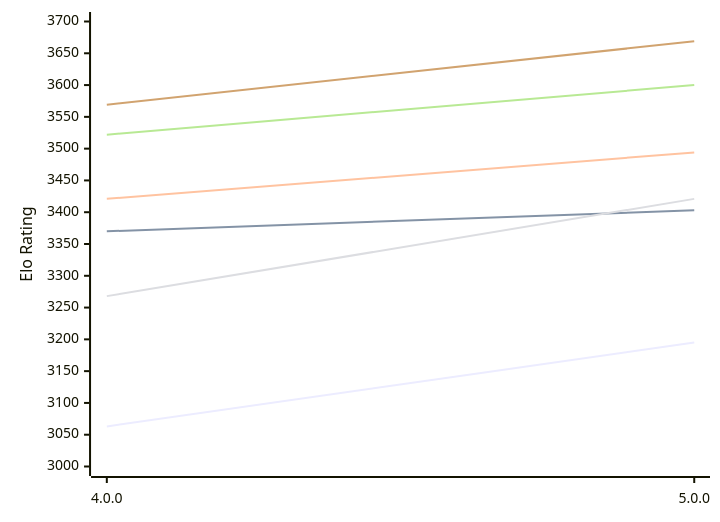
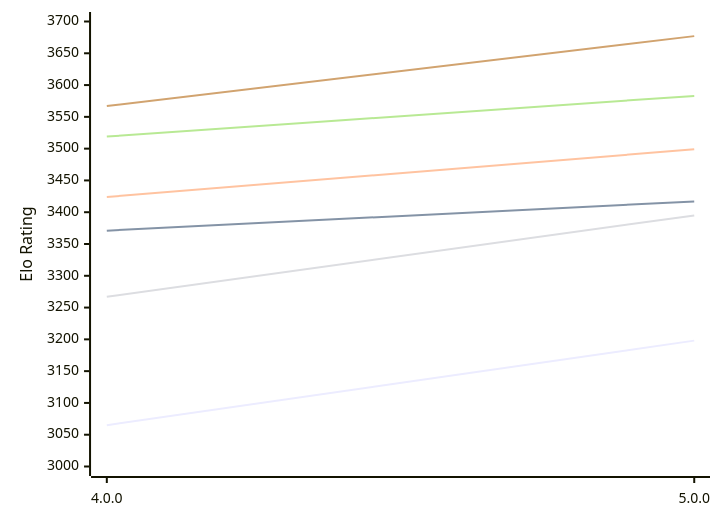
One commit to computer-chess-index/cci changed the first of 2 diagrams in engines/Avalanche.md. Above: the diagram before and after it, drawn with Mermaid. The commit also changed other lines of this file, not shown here.

Commit message:
Update CCI Ratings (ELO VLTC) - 2026-10-15

````diff
--- a/engines/Avalanche.md
+++ b/engines/Avalanche.md
@@ -50,12 +50,12 @@
 ```mermaid
 %%{init: {"theme":"base","themeVariables":{"seriesColors:['#a3a3a3','#222221','#faa371']}}}%%
 xychart-beta
   x-axis ["4.0.0", "5.0.0"]
   y-axis "Elo Rating" 3000 --> 3700
-  line "E1: STC (8.0+0.08s)" [3063, 3195]
-  line "E1: LTC (60.0+0.60s)" [3370, 3403]
-  line "E1: VLTC (2m24s+1.12s)" [3421, 3494]
-  line "P1: STC (8.0+0.08s)" [3268, 3421]
-  line "P1: LTC (60.0+0.60s)" [3522, 3600]
-  line "P1: VLTC (2m24s+1.12s)" [3569, 3669]
+  line "E1: STC (8.0+0.08s)" [3065, 3198]
+  line "E1: LTC (60.0+0.60s)" [3371, 3417]
+  line "E1: VLTC (2m24s+1.12s)" [3424, 3499]
+  line "P1: STC (8.0+0.08s)" [3267, 3395]
+  line "P1: LTC (60.0+0.60s)" [3519, 3583]
+  line "P1: VLTC (2m24s+1.12s)" [3567, 3677]
 ```
````
